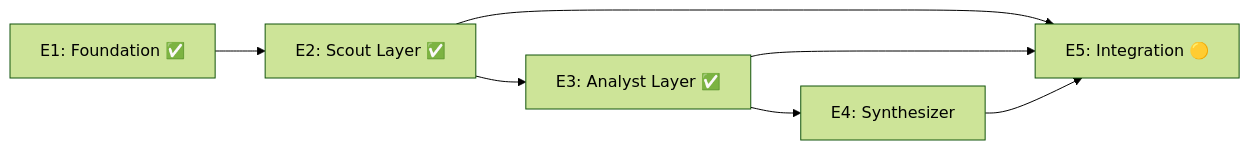
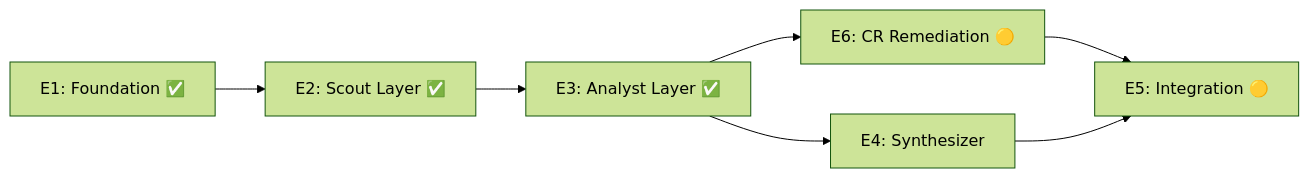
The second of 3 diagrams in docs/PROJECT_MANAGEMENT.md (Hams-Ollo/open-sousveillance-studio), drawn with Mermaid (forest theme) before and after one commit. The commit also changed other lines of this file and 43 other files, not shown here.

First line of the commit message:
docs: Complete P0 and P1 code review remediation with intelligence layer integration, agent registry, API security, and production infrastructure

````diff
--- a/docs/PROJECT_MANAGEMENT.md
+++ b/docs/PROJECT_MANAGEMENT.md
@@ -63,9 +65,9 @@
 ```mermaid
 flowchart LR
     E1[E1: Foundation ✅] --> E2[E2: Scout Layer ✅]
     E2 --> E3[E3: Analyst Layer ✅]
     E3 --> E4[E4: Synthesizer]
-    E2 --> E5[E5: Integration 🟡]
-    E3 --> E5
+    E3 --> E6[E6: CR Remediation 🟡]
+    E6 --> E5[E5: Integration 🟡]
     E4 --> E5
 ```
````
